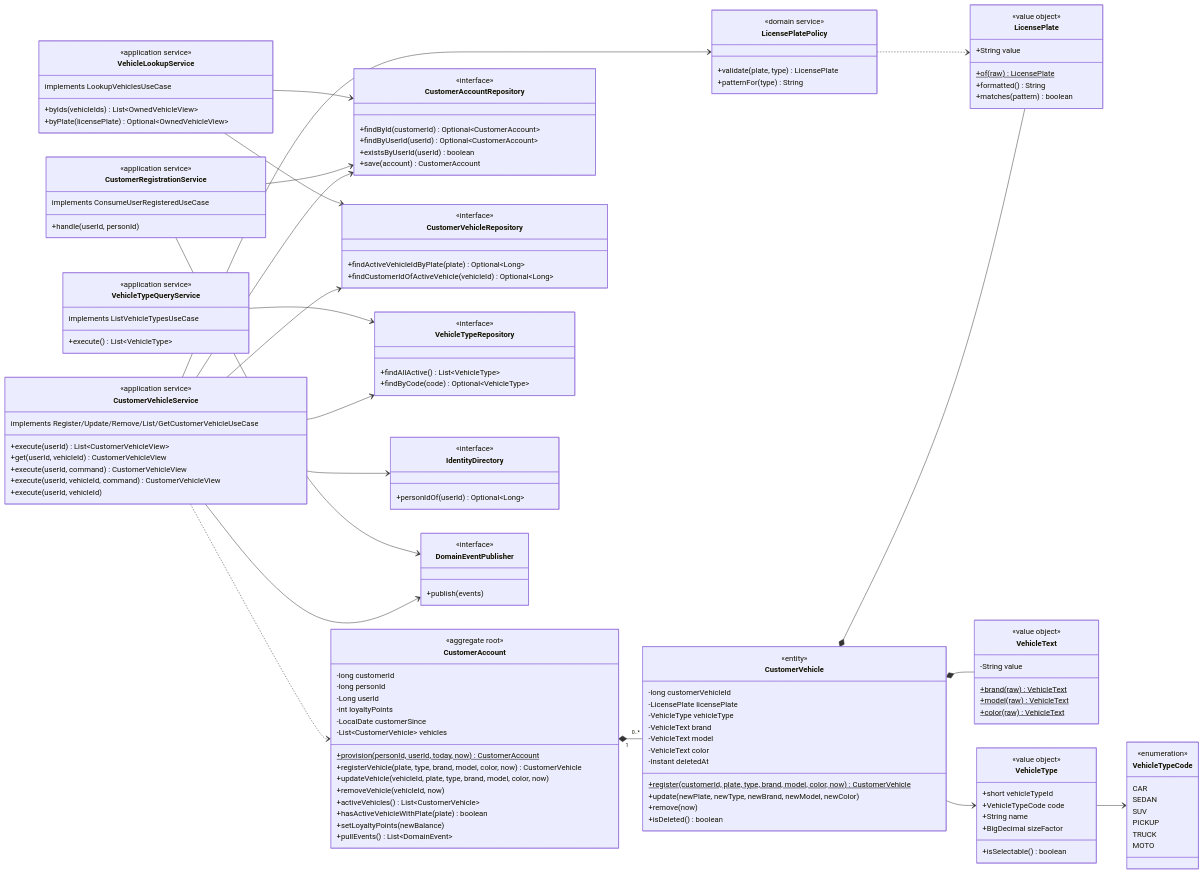
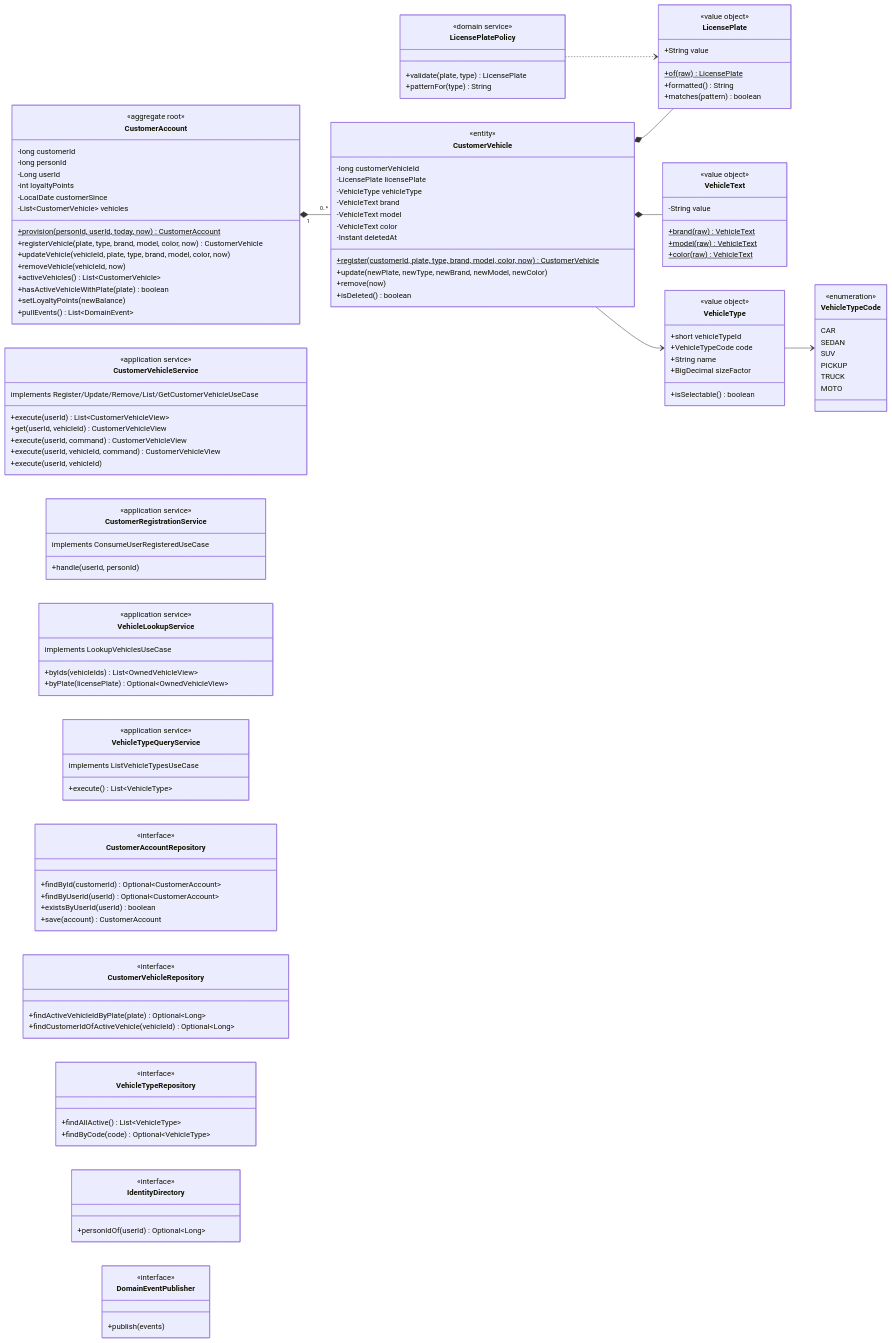
Before and after one commit to BrayanCABRERA123/lavarapido-docs: diagram 11 of 20 in 04_DOCUMENTACION_DE_DISENO_DEL_SOFTWARE/EN/MD/software-design-documentation.md, drawn with Mermaid. The commit also changed other lines of this file and 5 other files, not shown here.

````diff
--- a/04_DOCUMENTACION_DE_DISENO_DEL_SOFTWARE/EN/MD/software-design-documentation.md
+++ b/04_DOCUMENTACION_DE_DISENO_DEL_SOFTWARE/EN/MD/software-design-documentation.md
@@ -1967,5 +1964,6 @@
 ```mermaid
 classDiagram
+  %% grid: 1+2 ports
   direction LR
   class CustomerAccount {
     <<aggregate root>>
@@ -2090,16 +2088,4 @@
   CustomerVehicle --> VehicleType
   VehicleType --> VehicleTypeCode
   LicensePlatePolicy ..> LicensePlate
-  CustomerVehicleService ..> CustomerAccount
-  CustomerVehicleService --> CustomerAccountRepository
-  CustomerVehicleService --> CustomerVehicleRepository
-  CustomerVehicleService --> VehicleTypeRepository
-  CustomerVehicleService --> IdentityDirectory
-  CustomerVehicleService --> LicensePlatePolicy
-  CustomerVehicleService --> DomainEventPublisher
-  CustomerRegistrationService --> CustomerAccountRepository
-  CustomerRegistrationService --> DomainEventPublisher
-  VehicleLookupService --> CustomerAccountRepository
-  VehicleLookupService --> CustomerVehicleRepository
-  VehicleTypeQueryService --> VehicleTypeRepository
 ```
````
